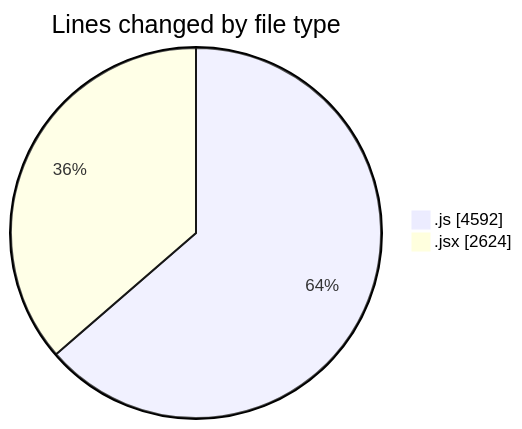
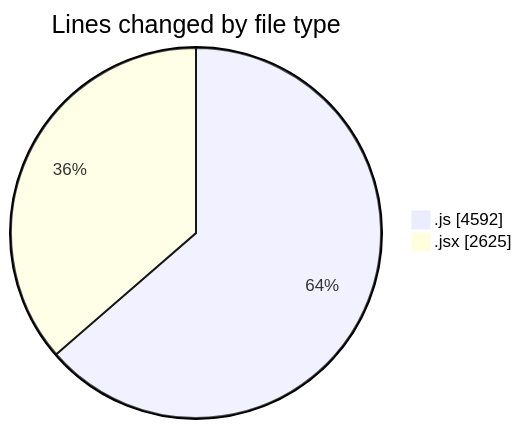
Before and after one commit to nxtqubesakshisongat/code-tracking: the first of 2 diagrams in 2025-08-13/nxtqube_webapp/README.md, drawn with Mermaid. The commit also changed other lines of this file and 1 other file, not shown here.

````diff
--- a/2025-08-13/nxtqube_webapp/README.md
+++ b/2025-08-13/nxtqube_webapp/README.md
@@ -26,6 +26,6 @@
 ```mermaid
 pie showData
 title Lines changed by file type
 ".js" : 4592
-".jsx" : 2624
+".jsx" : 2625
 ```
````
